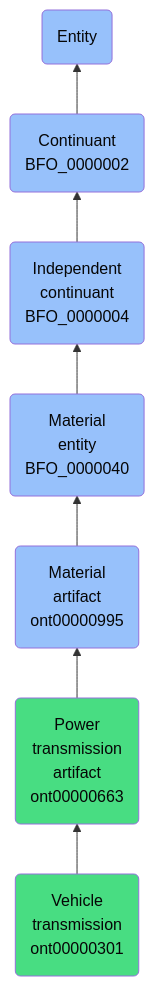
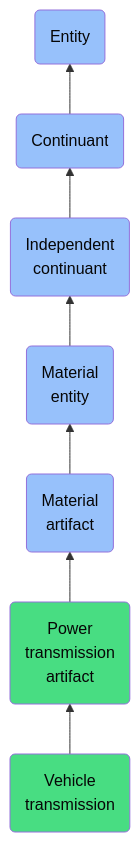
The diagram in docs/ontology/reference/model/Entity/Continuant/Independent continuant/Material entity/Material artifact/Power transmission artifact/Vehicle transmission/Vehicle transmission.md (jupyter-naas/abi), drawn with Mermaid before and after one commit. The commit also changed other lines of this file and 1430 other files, not shown here.

````diff
--- a/docs/ontology/reference/model/Entity/Continuant/Independent continuant/Material entity/Material artifact/Power transmission artifact/Vehicle transmission/Vehicle transmission.md
+++ b/docs/ontology/reference/model/Entity/Continuant/Independent continuant/Material entity/Material artifact/Power transmission artifact/Vehicle transmission/Vehicle transmission.md
@@ -25,14 +25,14 @@
 ```mermaid
 graph BT
-    ont00000301(Vehicle<br>transmission<br>ont00000301):::ABI-->ont00000663
-    ont00000663(Power<br>transmission<br>artifact<br>ont00000663):::ABI-->ont00000995
-    ont00000995(Material<br>artifact<br>ont00000995):::BFO-->BFO_0000040
-    BFO_0000040(Material<br>entity<br>BFO_0000040):::BFO-->BFO_0000004
-    BFO_0000004(Independent<br>continuant<br>BFO_0000004):::BFO-->BFO_0000002
-    BFO_0000002(Continuant<br>BFO_0000002):::BFO-->BFO_0000001
+    ont00000301(Vehicle<br>transmission):::ABI-->ont00000663
+    ont00000663(Power<br>transmission<br>artifact):::ABI-->ont00000995
+    ont00000995(Material<br>artifact):::BFO-->BFO_0000040
+    BFO_0000040(Material<br>entity):::BFO-->BFO_0000004
+    BFO_0000004(Independent<br>continuant):::BFO-->BFO_0000002
+    BFO_0000002(Continuant):::BFO-->BFO_0000001
     BFO_0000001(Entity):::BFO
     
     classDef BFO fill:#97c1fb,color:#060606
     classDef CCO fill:#e4c51e,color:#060606
     classDef ABI fill:#48DD82,color:#060606
 ```
````
